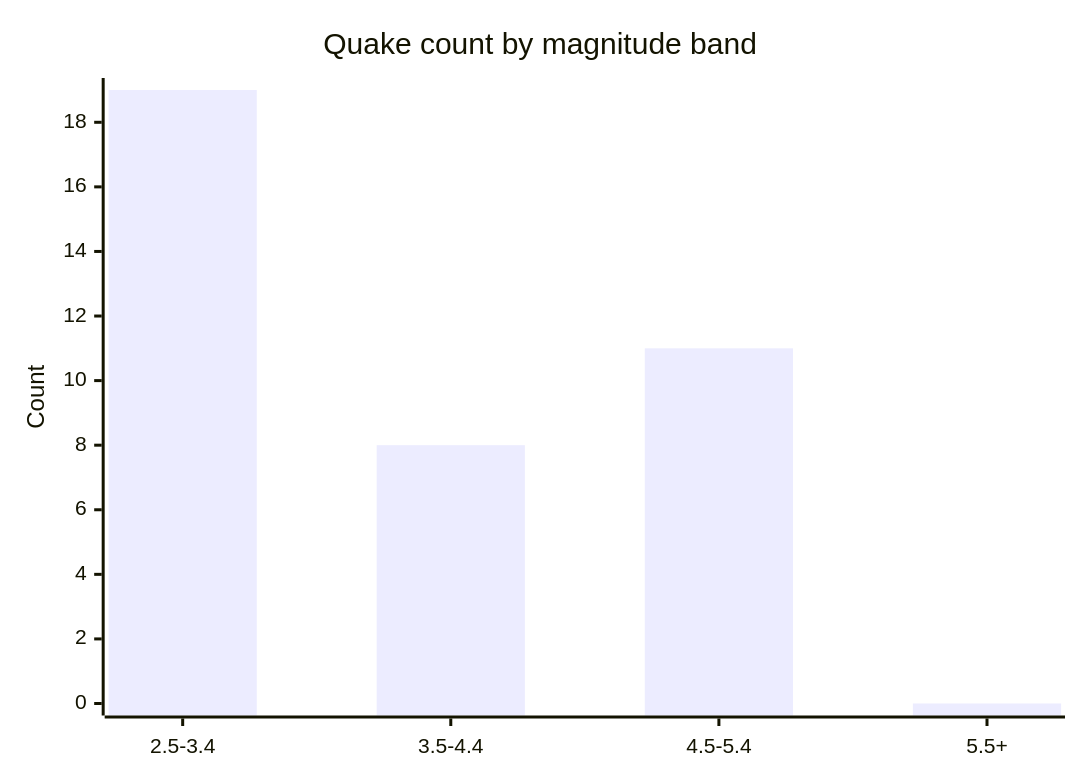
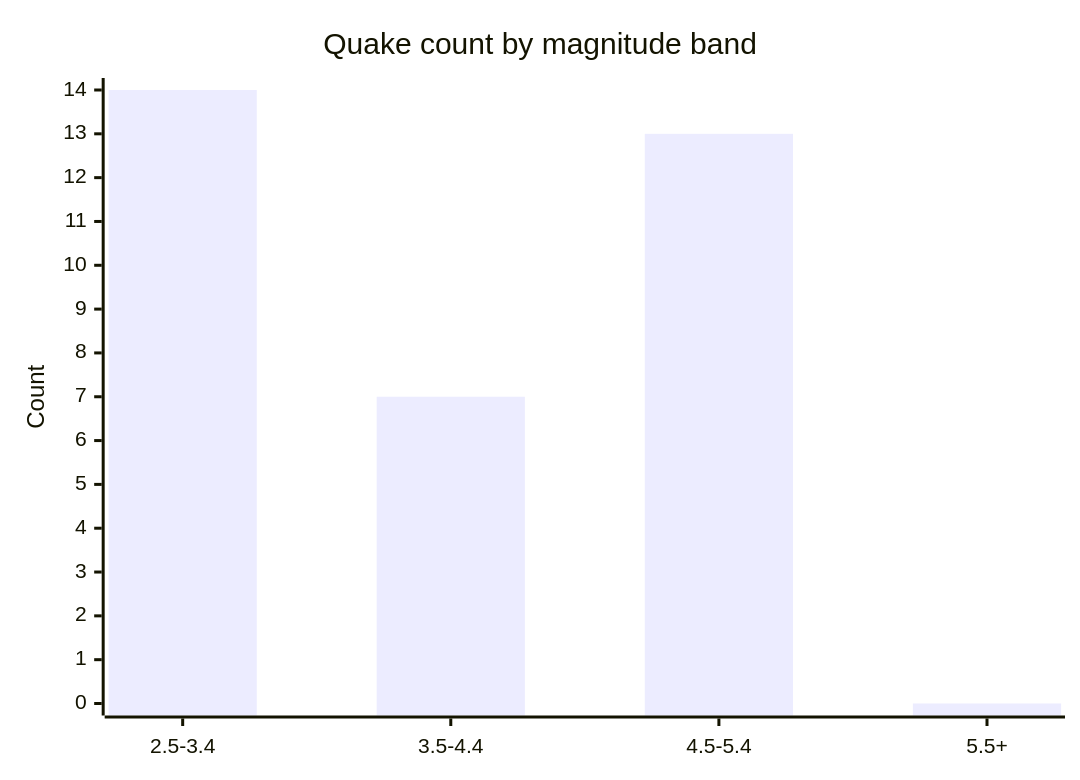
Before and after one commit to Midwest-Stratospheric/aerostratospheric-defense-gir: the fifth of 6 diagrams in docs/GRAPHS.md, drawn with Mermaid. The commit also changed other lines of this file and 23 other files, not shown here.

````diff
--- a/docs/GRAPHS.md
+++ b/docs/GRAPHS.md
@@ -82,7 +82,7 @@
 ```mermaid
 xychart-beta
   title "Quake count by magnitude band"
   x-axis ["2.5-3.4", "3.5-4.4", "4.5-5.4", "5.5+"]
-  y-axis "Count" 0 --> 19
-  bar [19, 8, 11, 0]
+  y-axis "Count" 0 --> 14
+  bar [14, 7, 13, 0]
 ```
````
